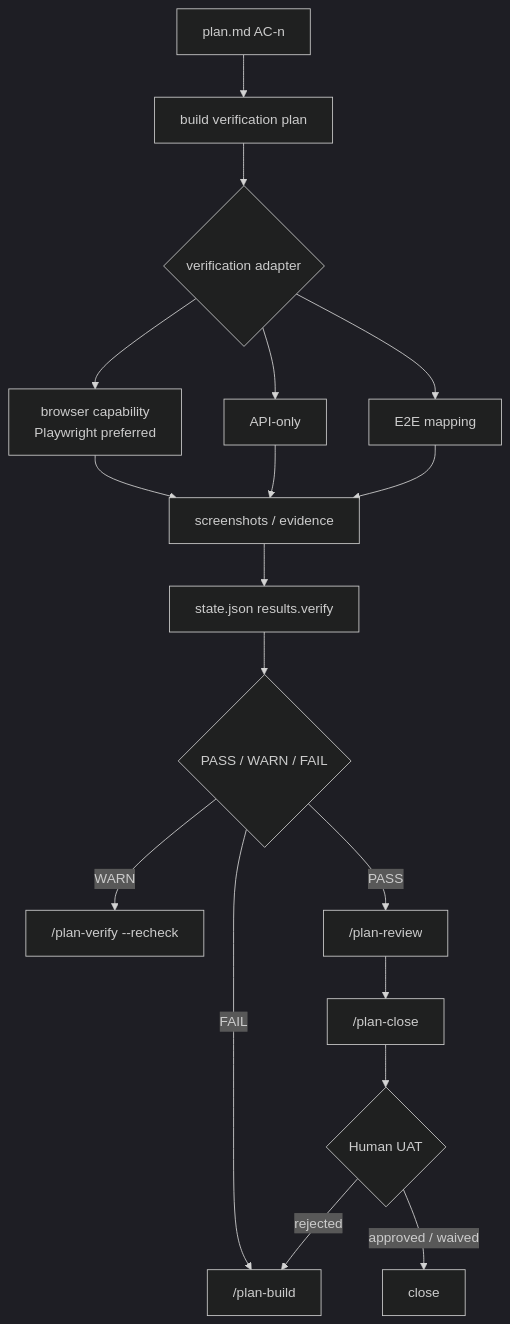
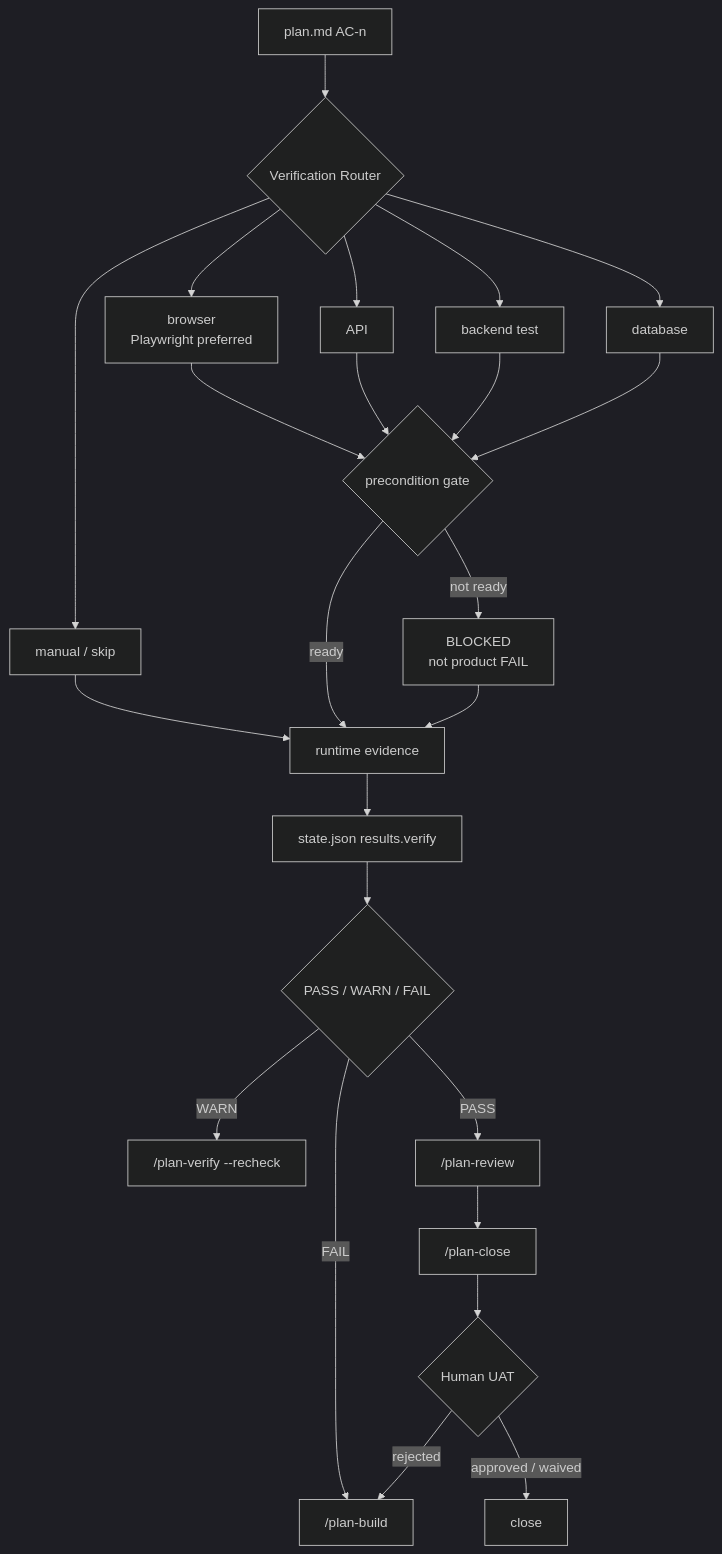
One commit to mark22013333/crew changed the fifth of 5 diagrams in plugins/feature-workflow/README.md. Above: the diagram before and after it, drawn with Mermaid (dark theme). The commit also changed other lines of this file, not shown here.

Commit message:
docs(plan-verify): document routed verification outcomes

````diff
--- a/plugins/feature-workflow/README.md
+++ b/plugins/feature-workflow/README.md
@@ -309,20 +309,26 @@
 ```mermaid
 flowchart TD
-    AC["plan.md AC-n"] --> Plan["build verification plan"]
-    Plan --> Adapter{"verification adapter"}
-    Adapter --> Browser["browser capability<br/>Playwright preferred"]
-    Adapter --> API["API-only"]
-    Adapter --> E2E["E2E mapping"]
-    Browser --> Evidence["screenshots / evidence"]
-    API --> Evidence
-    E2E --> Evidence
+    AC["plan.md AC-n"] --> Router{"Verification Router"}
+    Router --> Browser["browser<br/>Playwright preferred"]
+    Router --> API["API"]
+    Router --> Backend["backend test"]
+    Router --> DB["database"]
+    Router --> Manual["manual / skip"]
+    Browser --> Pre{"precondition gate"}
+    API --> Pre
+    Backend --> Pre
+    DB --> Pre
+    Manual --> Evidence["runtime evidence"]
+    Pre -- "ready" --> Evidence
+    Pre -- "not ready" --> Blocked["BLOCKED<br/>not product FAIL"]
+    Blocked --> Evidence
     Evidence --> Result["state.json results.verify"]
     Result --> Status{"PASS / WARN / FAIL"}
     Status -- "FAIL" --> Build["/plan-build"]
     Status -- "WARN" --> Recheck["/plan-verify --recheck"]
     Status -- "PASS" --> Review["/plan-review"]
     Review --> Close["/plan-close"]
     Close --> UAT{"Human UAT"}
     UAT -- "rejected" --> Build
     UAT -- "approved / waived" --> Done["close"]
 ```
````
